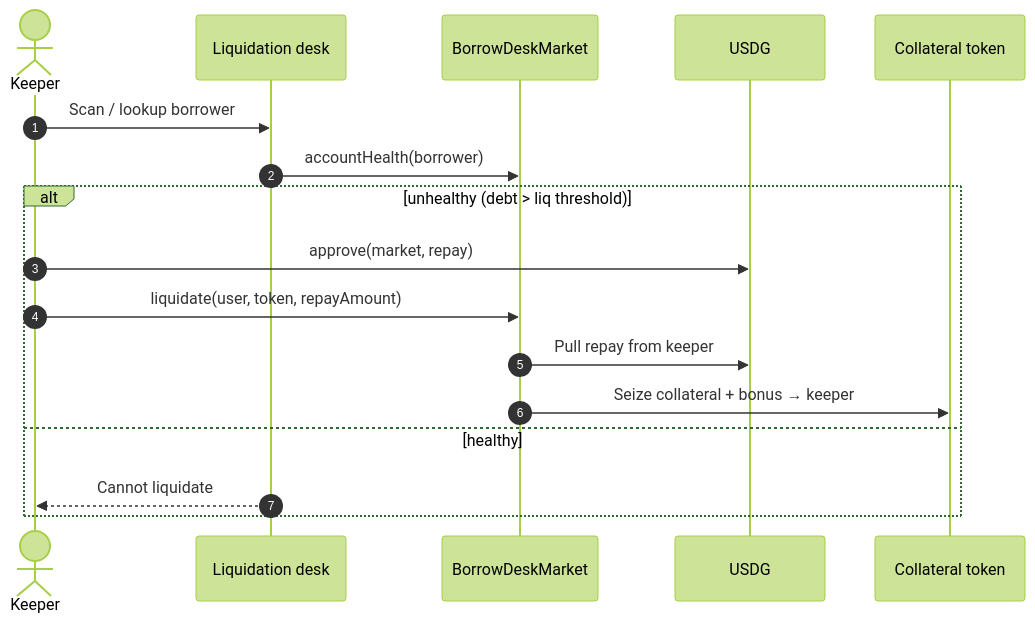
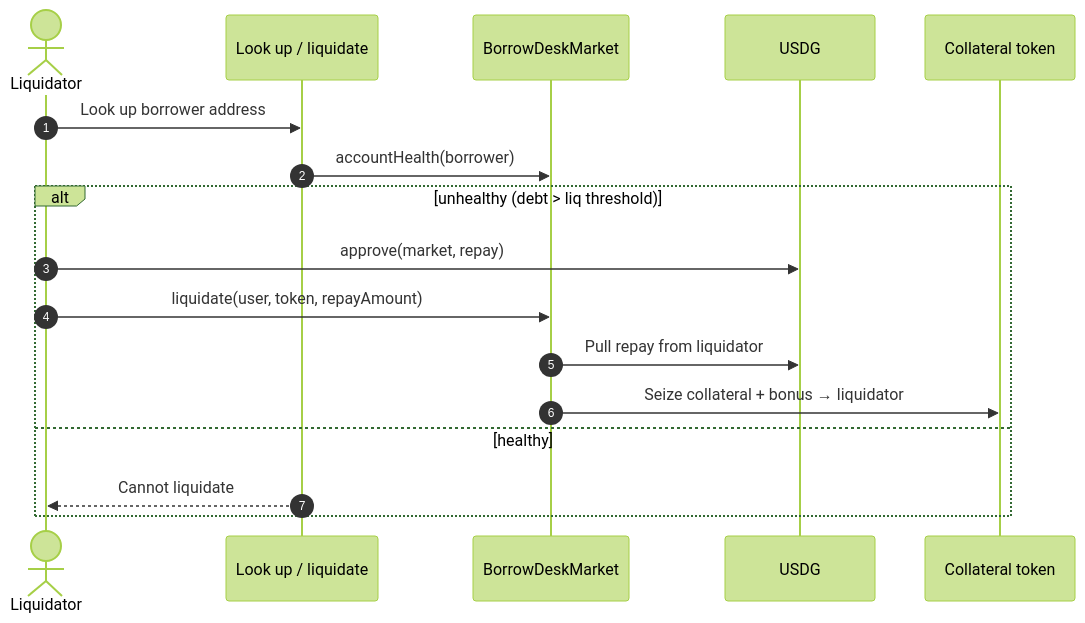
One commit to AmaanSayyad/BorrowDesk changed the second of 4 diagrams in README.md. Above: the diagram before and after it, drawn with Mermaid (forest theme). The commit also changed other lines of this file and 3 other files, not shown here.

````diff
--- a/README.md
+++ b/README.md
@@ -144,20 +144,20 @@
 ```mermaid
 sequenceDiagram
   autonumber
-  actor Keeper
-  participant Desk as Liquidation desk
+  actor Liquidator
+  participant Desk as Look up / liquidate
   participant Market as BorrowDeskMarket
   participant USDG as USDG
   participant Stock as Collateral token
 
-  Keeper->>Desk: Scan / lookup borrower
+  Liquidator->>Desk: Look up borrower address
   Desk->>Market: accountHealth(borrower)
   alt unhealthy (debt > liq threshold)
-    Keeper->>USDG: approve(market, repay)
-    Keeper->>Market: liquidate(user, token, repayAmount)
-    Market->>USDG: Pull repay from keeper
-    Market->>Stock: Seize collateral + bonus → keeper
+    Liquidator->>USDG: approve(market, repay)
+    Liquidator->>Market: liquidate(user, token, repayAmount)
+    Market->>USDG: Pull repay from liquidator
+    Market->>Stock: Seize collateral + bonus → liquidator
   else healthy
-    Desk-->>Keeper: Cannot liquidate
+    Desk-->>Liquidator: Cannot liquidate
   end
 ```
````
